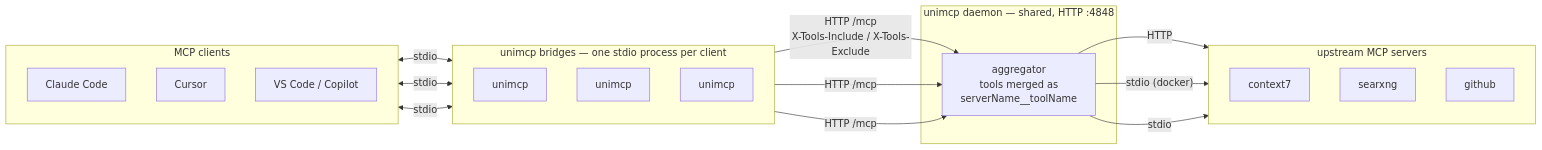
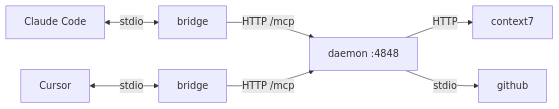
One commit to dandehoon/unimcp changed the diagram in README.md. Above: the diagram before and after it, drawn with Mermaid. The commit also changed other lines of this file, not shown here.

````diff
--- a/README.md
+++ b/README.md
@@ -86,33 +29,9 @@
 ```mermaid
 flowchart LR
-    subgraph clients["MCP clients"]
-        direction TB
-        cc[Claude Code]
-        cu[Cursor]
-        vs[VS Code / Copilot]
-    end
-    subgraph bridges["unimcp bridges — one stdio process per client"]
-        direction TB
-        br1[unimcp]
-        br2[unimcp]
-        br3[unimcp]
-    end
-    subgraph daemon["unimcp daemon — shared, HTTP :4848"]
-        agg["aggregator<br/>tools merged as<br/>serverName__toolName"]
-    end
-    subgraph upstreams["upstream MCP servers"]
-        direction TB
-        u1["context7"]
-        u2["searxng"]
-        u3["github"]
-    end
-    cc <-- stdio --> br1
-    cu <-- stdio --> br2
-    vs <-- stdio --> br3
-    br1 -- "HTTP /mcp<br/>X-Tools-Include / X-Tools-Exclude" --> agg
+    cc[Claude Code] <-- stdio --> br1[bridge]
+    cu[Cursor] <-- stdio --> br2[bridge]
+    br1 -- "HTTP /mcp" --> agg["daemon :4848"]
     br2 -- "HTTP /mcp" --> agg
-    br3 -- "HTTP /mcp" --> agg
-    agg -- HTTP --> u1
-    agg -- "stdio (docker)" --> u2
-    agg -- stdio --> u3
+    agg -- HTTP --> u1[context7]
+    agg -- stdio --> u2[github]
 ```
````
